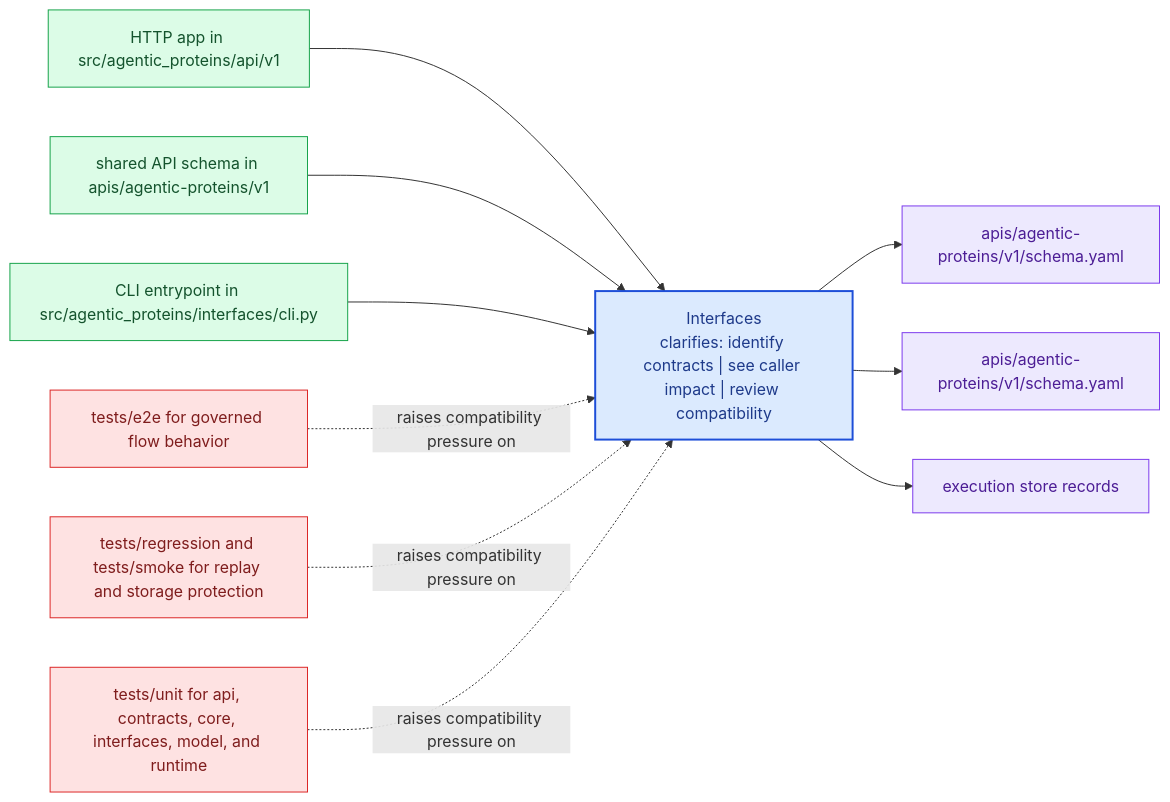
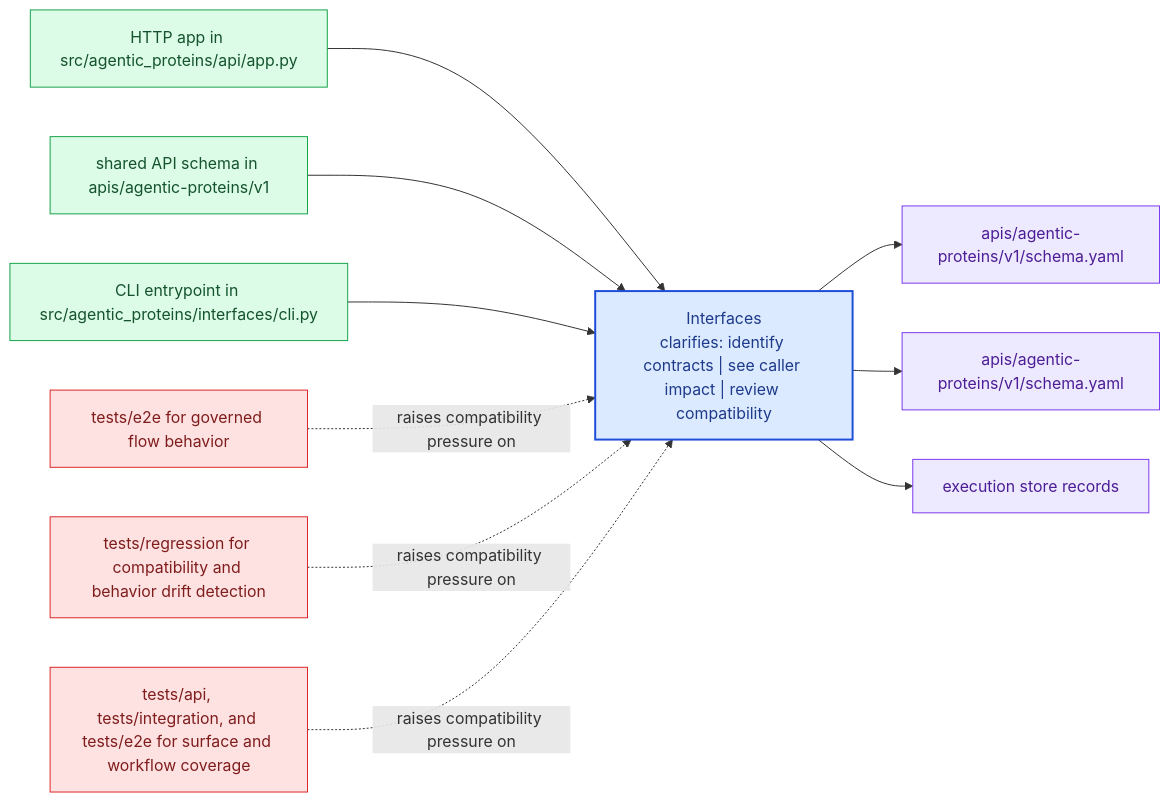
Before and after one commit to bijux/bijux-proteomics: the diagram in docs/agentic-proteins/interfaces/index.md, drawn with Mermaid. The commit also changed other lines of this file, not shown here.

Commit message:
docs(agentic-interfaces): align index contracts with real CLI API and test surfaces

````diff
--- a/docs/agentic-proteins/interfaces/index.md
+++ b/docs/agentic-proteins/interfaces/index.md
@@ -20,31 +20,31 @@
 ```mermaid
 flowchart LR
     page["Interfaces<br/>clarifies: identify contracts | see caller impact | review compatibility"]
     classDef page fill:#dbeafe,stroke:#1d4ed8,color:#1e3a8a,stroke-width:2px;
     classDef positive fill:#dcfce7,stroke:#16a34a,color:#14532d;
     classDef caution fill:#fee2e2,stroke:#dc2626,color:#7f1d1d;
     classDef anchor fill:#ede9fe,stroke:#7c3aed,color:#4c1d95;
     classDef action fill:#fef3c7,stroke:#d97706,color:#7c2d12;
-    surface1["HTTP app in src/agentic_proteins/api/v1"]
+    surface1["HTTP app in src/agentic_proteins/api/app.py"]
     surface1 --> page
     surface2["shared API schema in apis/agentic-proteins/v1"]
     surface2 --> page
     surface3["CLI entrypoint in src/agentic_proteins/interfaces/cli.py"]
     surface3 --> page
     proof1["apis/agentic-proteins/v1/schema.yaml"]
     page --> proof1
     proof2["apis/agentic-proteins/v1/schema.yaml"]
     page --> proof2
     proof3["execution store records"]
     page --> proof3
     review1["tests/e2e for governed flow behavior"]
     review1 -.raises compatibility pressure on.-> page
-    review2["tests/regression and tests/smoke for replay and storage protection"]
+    review2["tests/regression for compatibility and behavior drift detection"]
     review2 -.raises compatibility pressure on.-> page
-    review3["tests/unit for api, contracts, core, interfaces, model, and runtime"]
+    review3["tests/api, tests/integration, and tests/e2e for surface and workflow coverage"]
     review3 -.raises compatibility pressure on.-> page
     class page page;
     class surface1,surface2,surface3 positive;
     class proof1,proof2,proof3 anchor;
     class review1,review2,review3 caution;
 ```
````
